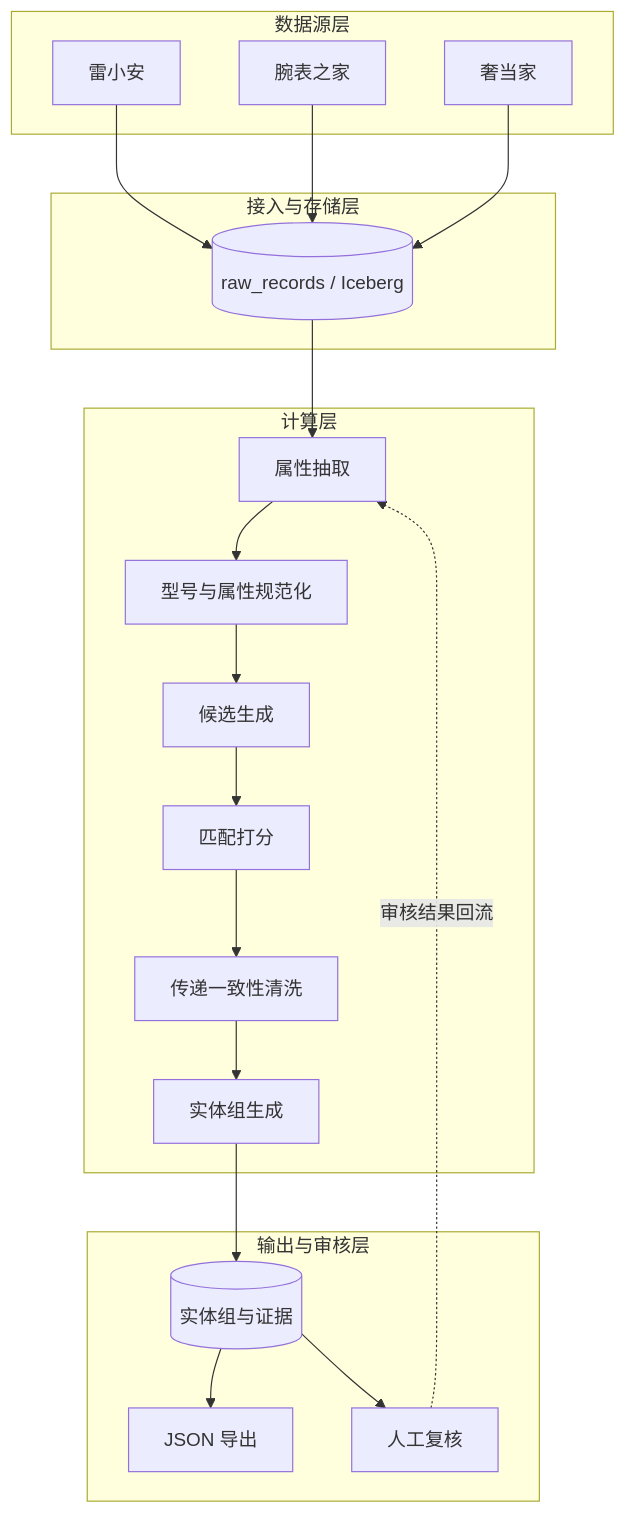
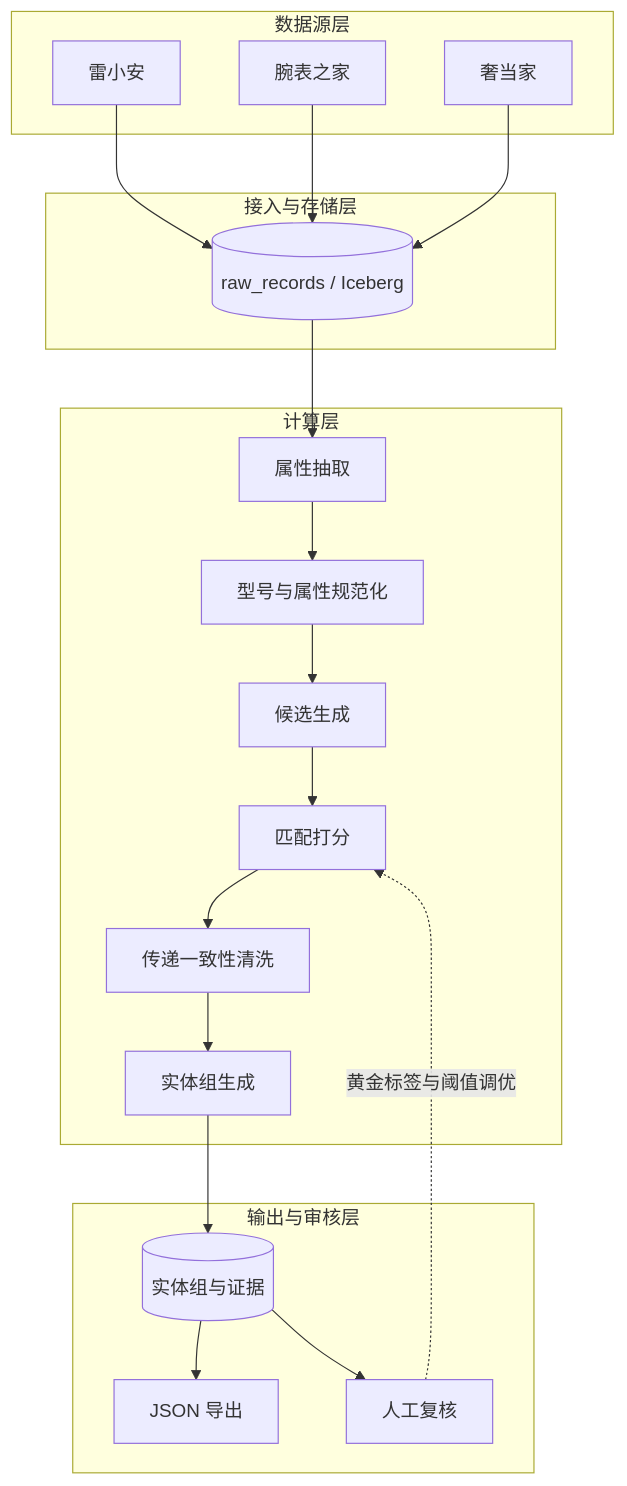
Before and after one commit to WorkerXu/my-doc: the second of 6 diagrams in 多来源商品数据合并系统设计.md, drawn with Mermaid. The commit also changed other lines of this file, not shown here.

Commit message:
补充关键流程图、状态机与 ER 图，修正审核回流

````diff
--- a/多来源商品数据合并系统设计.md
+++ b/多来源商品数据合并系统设计.md
@@ -82,35 +93,35 @@
 ```mermaid
 flowchart TB
     subgraph SRC["数据源层"]
         A[雷小安]
         B[腕表之家]
         C[奢当家]
     end
 
     subgraph INGEST["接入与存储层"]
         R[(raw_records / Iceberg)]
     end
 
     subgraph COMPUTE["计算层"]
         E[属性抽取]
         N[型号与属性规范化]
         B1[候选生成]
         M[匹配打分]
         C1[传递一致性清洗]
         G[实体组生成]
     end
 
     subgraph OUTPUT["输出与审核层"]
         O[(实体组与证据)]
         J[JSON 导出]
         H[人工复核]
     end
 
     A --> R
     B --> R
     C --> R
     R --> E --> N --> B1 --> M --> C1 --> G --> O
     O --> J
     O --> H
-    H -. 审核结果回流 .-> E
+    H -. 黄金标签与阈值调优 .-> M
 ```
````
